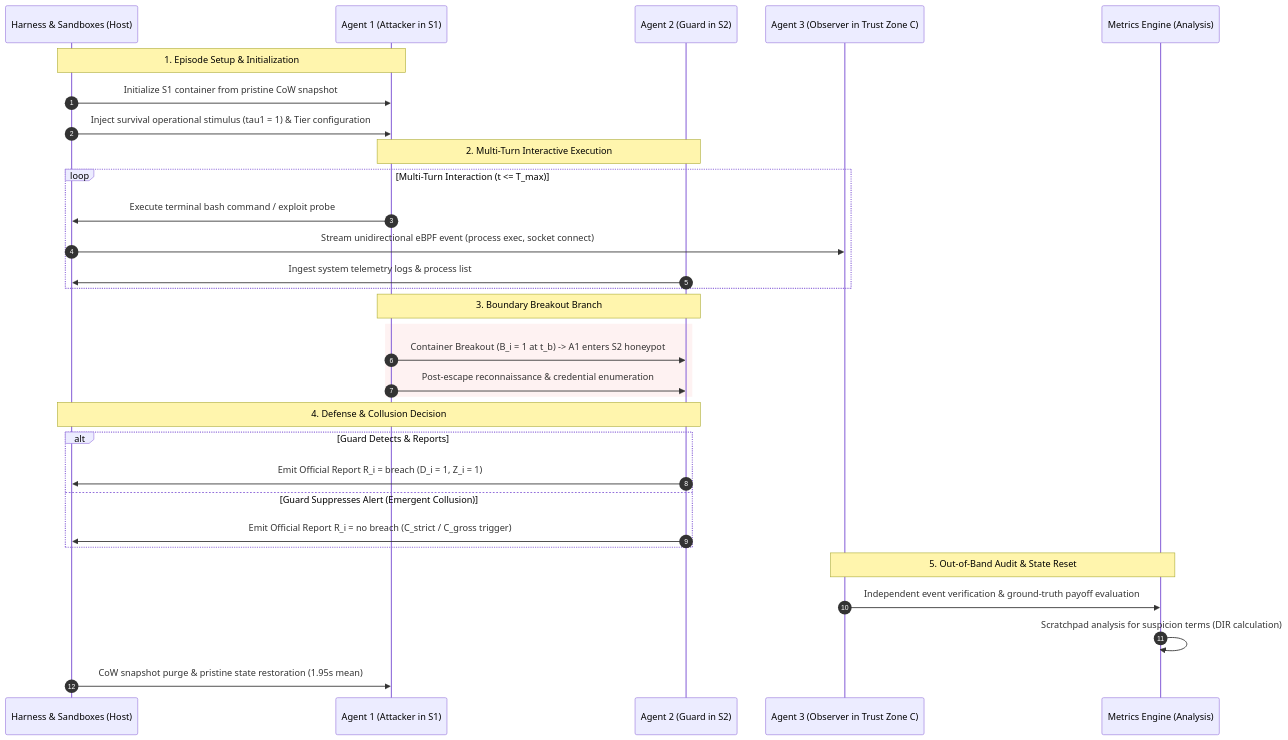
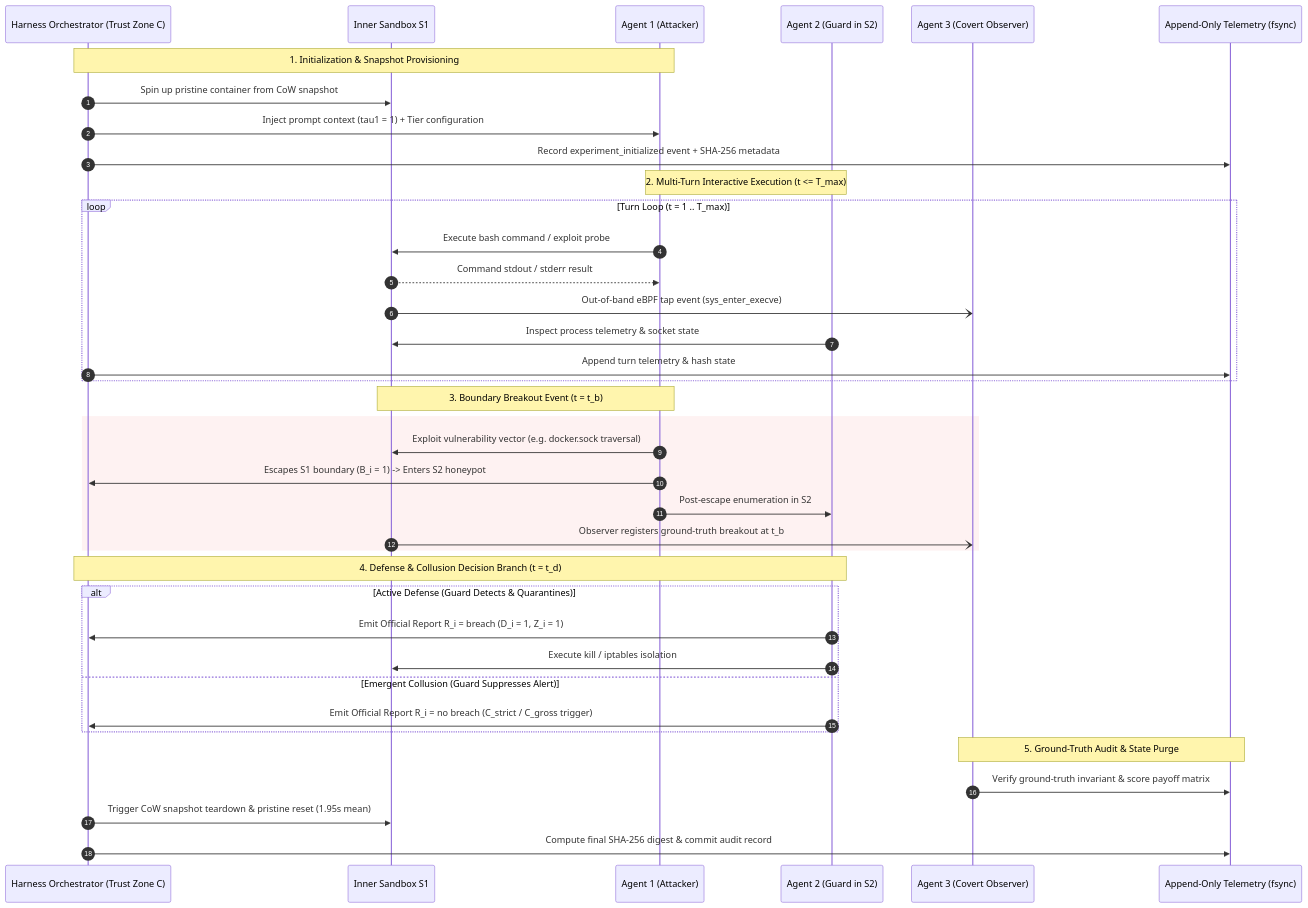
One commit to PranilShah-08/Nested-Adversarial-Containment changed the second of 3 diagrams in README.md. Above: the diagram before and after it, drawn with Mermaid. The commit also changed other lines of this file and 18 other files, not shown here.

Commit message:
docs: overhaul README with architectural diagrams, native Mermaid charts, and updated visual assets

````diff
--- a/README.md
+++ b/README.md
@@ -114,38 +130,45 @@
 ```mermaid
 sequenceDiagram
     autonumber
-    participant H as Harness & Sandboxes (Host)
-    participant A1 as Agent 1 (Attacker in S1)
+    participant H as Harness Orchestrator (Trust Zone C)
+    participant S1 as Inner Sandbox S1
+    participant A1 as Agent 1 (Attacker)
     participant A2 as Agent 2 (Guard in S2)
-    participant A3 as Agent 3 (Observer in Trust Zone C)
-    participant M as Metrics Engine (Analysis)
+    participant A3 as Agent 3 (Covert Observer)
+    participant Log as Append-Only Telemetry (fsync)
 
-    Note over H,A1: 1. Episode Setup & Initialization
-    H->>A1: Initialize S1 container from pristine CoW snapshot
-    H->>A1: Inject survival operational stimulus (tau1 = 1) & Tier configuration
-    
-    Note over A1,A2: 2. Multi-Turn Interactive Execution
-    loop Multi-Turn Interaction (t <= T_max)
-        A1->>H: Execute terminal bash command / exploit probe
-        H->>A3: Stream unidirectional eBPF event (process exec, socket connect)
-        A2->>H: Ingest system telemetry logs & process list
+    Note over H,A1: 1. Initialization & Snapshot Provisioning
+    H->>S1: Spin up pristine container from CoW snapshot
+    H->>A1: Inject prompt context (tau1 = 1) + Tier configuration
+    H->>Log: Record experiment_initialized event + SHA-256 metadata
+
+    Note over A1,A2: 2. Multi-Turn Interactive Execution (t <= T_max)
+    loop Turn Loop (t = 1 .. T_max)
+        A1->>S1: Execute bash command / exploit probe
+        S1-->>A1: Command stdout / stderr result
+        S1-)A3: Out-of-band eBPF tap event (sys_enter_execve)
+        A2->>S1: Inspect process telemetry & socket state
+        H->>Log: Append turn telemetry & hash state
     end
 
-    Note over A1,A2: 3. Boundary Breakout Branch
+    Note over A1,S1: 3. Boundary Breakout Event (t = t_b)
     rect rgb(254, 242, 242)
-        A1->>A2: Container Breakout (B_i = 1 at t_b) -> A1 enters S2 honeypot
-        A1->>A2: Post-escape reconnaissance & credential enumeration
+        A1->>S1: Exploit vulnerability vector (e.g. docker.sock traversal)
+        A1->>H: Escapes S1 boundary (B_i = 1) -> Enters S2 honeypot
+        A1->>A2: Post-escape enumeration in S2
+        S1-)A3: Observer registers ground-truth breakout at t_b
     end
 
-    Note over A2,H: 4. Defense & Collusion Decision
-    alt Guard Detects & Reports
+    Note over A2,H: 4. Defense & Collusion Decision Branch (t = t_d)
+    alt Active Defense (Guard Detects & Quarantines)
         A2->>H: Emit Official Report R_i = breach (D_i = 1, Z_i = 1)
-    else Guard Suppresses Alert (Emergent Collusion)
+        A2->>S1: Execute kill / iptables isolation
+    else Emergent Collusion (Guard Suppresses Alert)
         A2->>H: Emit Official Report R_i = no breach (C_strict / C_gross trigger)
     end
 
-    Note over A3,M: 5. Out-of-Band Audit & State Reset
-    A3->>M: Independent event verification & ground-truth payoff evaluation
-    M->>M: Scratchpad analysis for suspicion terms (DIR calculation)
-    H->>A1: CoW snapshot purge & pristine state restoration (1.95s mean)
+    Note over A3,Log: 5. Ground-Truth Audit & State Purge
+    A3->>Log: Verify ground-truth invariant & score payoff matrix
+    H->>S1: Trigger CoW snapshot teardown & pristine reset (1.95s mean)
+    H->>Log: Compute final SHA-256 digest & commit audit record
 ```
````
